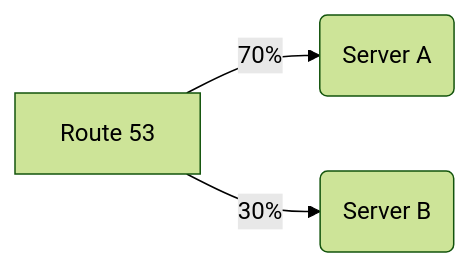
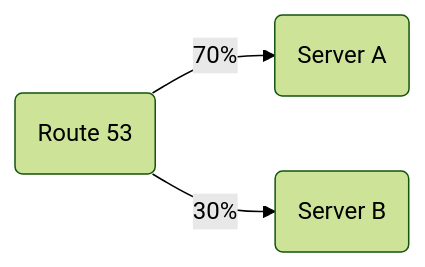
The fourth of 5 diagrams in README.md (arkantandel/-AWS-Route-53-Complete-Step-by-Step-), drawn with Mermaid (forest theme) before and after one commit. The commit also changed other lines of this file, not shown here.

First line of the commit message:
Fix Mermaid syntax and update diagrams in README

````diff
--- a/README.md
+++ b/README.md
@@ -262,6 +255,6 @@
 ```mermaid
 graph LR
-A[Route 53]
+A(Route 53)
 A -->|70%| B(Server A)
 A -->|30%| C(Server B)
 ```
````
